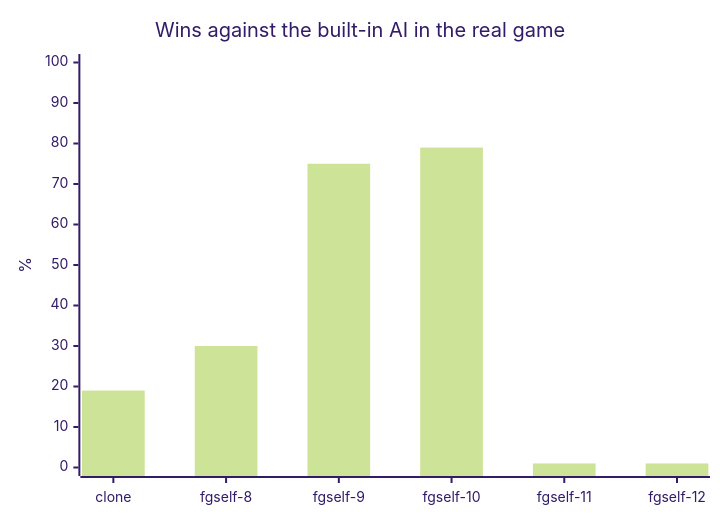
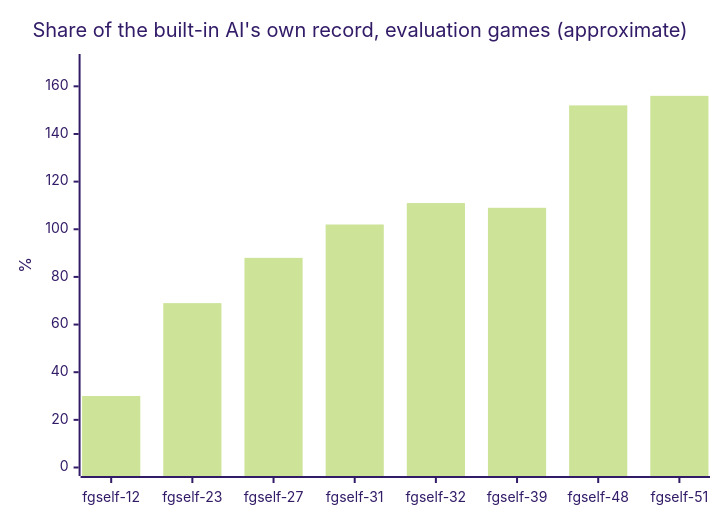
Before and after one commit to RobinKa/warcraftsim: the diagram in docs/experiments.md, drawn with Mermaid (forest theme). The commit also changed other lines of this file and 9 other files, not shown here.

````diff
--- a/docs/experiments.md
+++ b/docs/experiments.md
@@ -7,7 +7,7 @@
 ```mermaid
 xychart-beta
-  title "Wins against the built-in AI in the real game"
-  x-axis ["clone", "fgself-8", "fgself-9", "fgself-10", "fgself-11", "fgself-12"]
-  y-axis "%" 0 --> 100
-  bar [19, 30, 75, 79, 1, 1]
+  title "Share of the built-in AI's own record, evaluation games (approximate)"
+  x-axis ["fgself-12", "fgself-23", "fgself-27", "fgself-31", "fgself-32", "fgself-39", "fgself-48", "fgself-51"]
+  y-axis "%" 0 --> 170
+  bar [30, 69, 88, 102, 111, 109, 152, 156]
 ```
````
